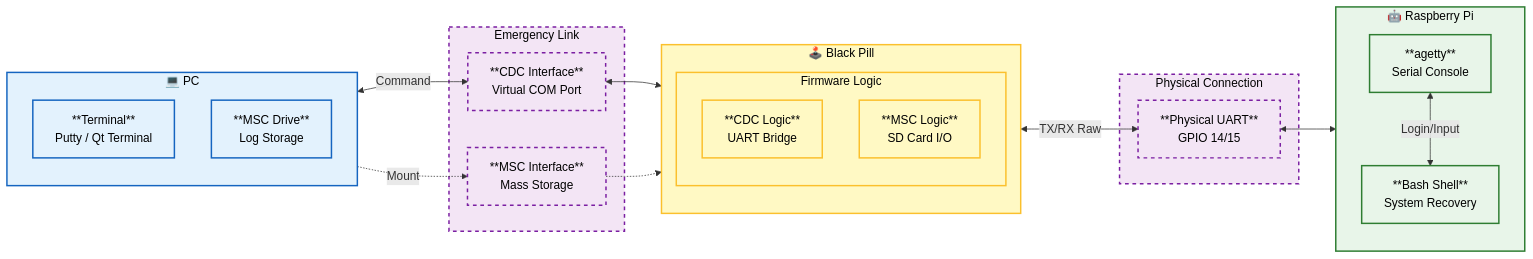
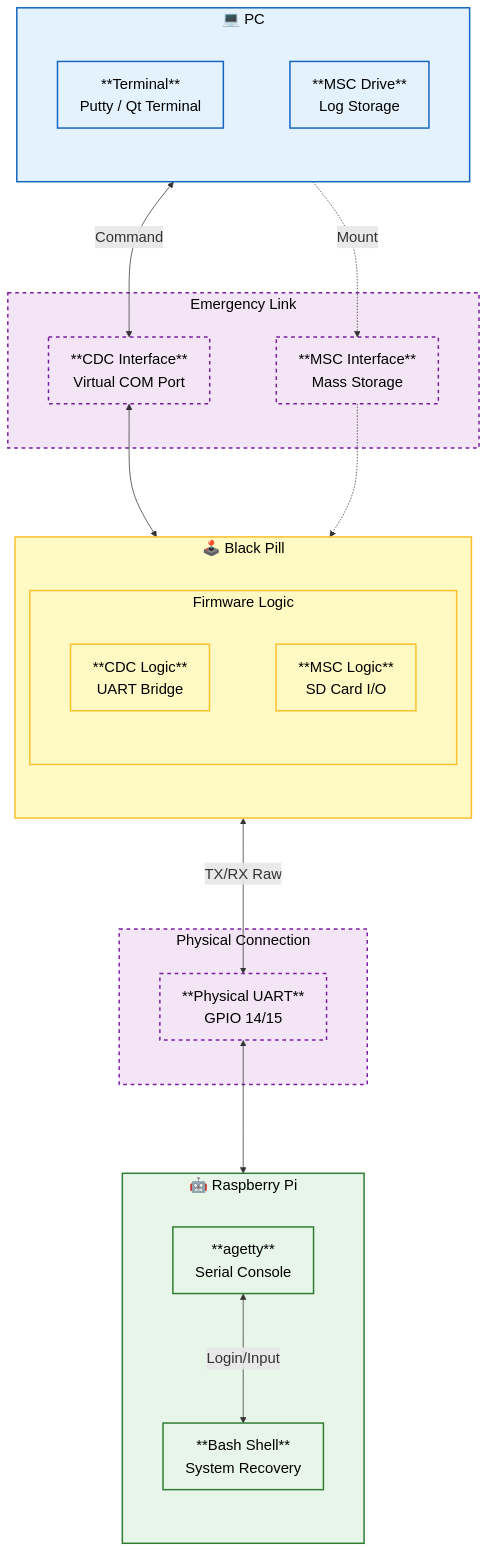
One commit to ChangHoiAn/example changed the second of 4 diagrams in README.md. Above: the diagram before and after it, drawn with Mermaid.

Commit message:
Update README with emergency and maintenance mode details

````diff
--- a/README.md
+++ b/README.md
@@ -89,60 +89,61 @@
 ```mermaid
-flowchart LR
+%%{init: {"themeVariables": {"fontSize": "20px"}, "flowchart": {"useMaxWidth": false, "nodeSpacing": 90, "rankSpacing": 120, "diagramPadding": 20}}}%%
+flowchart TB
     %% 스타일 정의
     classDef pc fill:#e3f2fd,stroke:#1565c0,stroke-width:2px,color:black;
     classDef mcu fill:#fff9c4,stroke:#fbc02d,stroke-width:2px,color:black;
     classDef rpi fill:#e8f5e9,stroke:#2e7d32,stroke-width:2px,color:black;
     classDef usb fill:#f3e5f5,stroke:#7b1fa2,stroke-width:2px,stroke-dasharray: 5 5,color:black;
 
     %% 1. PC
     subgraph PC_Group [💻 PC ]
         direction TB
         TERM[**Terminal**\nPutty / Qt Terminal]
         MSC_Drive[**MSC Drive**\nLog Storage]
     end
 
     %% 2. Link PC-STM32
     subgraph USB_Link1 [Emergency Link]
         L_CDC[**CDC Interface**\nVirtual COM Port]
         L_MSC[**MSC Interface**\nMass Storage]
     end
 
     %% 3. STM32
     subgraph STM32_Group [🕹️ Black Pill]
         direction TB
         subgraph Logic [Firmware Logic]
             FW_CDC[**CDC Logic**\nUART Bridge]
             FW_MSC[**MSC Logic**\nSD Card I/O]
         end
     end
 
     %% 4. Link STM32-RPi
     subgraph Link_RPi [Physical Connection]
         L_UART[**Physical UART**\nGPIO 14/15]
     end
 
     %% 5. RPi
     subgraph RPI_Group [🤖 Raspberry Pi]
         direction TB
         AGETTY[**agetty**\nSerial Console]
         BASH[**Bash Shell**\nSystem Recovery]
         
         AGETTY <-->|Login/Input| BASH
     end
 
     %% 흐름 연결
     TERM <-->|Command| L_CDC
     MSC_Drive -.->|Mount| L_MSC
     
     L_CDC <--> FW_CDC
     L_MSC -.-> FW_MSC
     
     FW_CDC <-->|TX/RX Raw| L_UART
     L_UART <--> AGETTY
 
     %% 스타일 적용
     class PC_Group,TERM,MSC_Drive pc;
     class STM32_Group,FW_CDC,FW_MSC,Logic mcu;
     class RPI_Group,AGETTY,BASH rpi;
     class USB_Link1,L_CDC,L_MSC,Link_RPi,L_UART usb;
 ```
````
